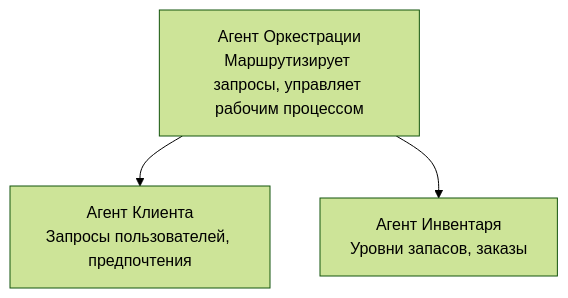
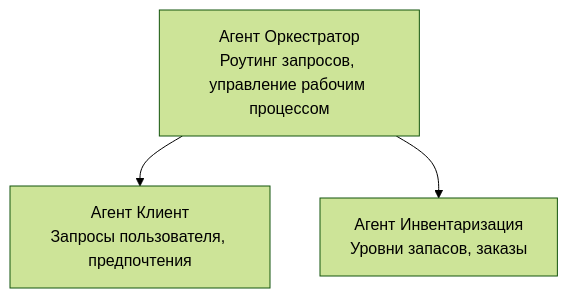
Before and after one commit to microsoft/AZD-for-beginners: the diagram in translations/ru/docs/chapter-05-multi-agent/README.md, drawn with Mermaid (forest theme). The commit also changed other lines of this file and 101 other files, not shown here.

````diff
--- a/translations/ru/docs/chapter-05-multi-agent/README.md
+++ b/translations/ru/docs/chapter-05-multi-agent/README.md
@@ -50,5 +52,5 @@
 ```mermaid
 graph TD
-    Orchestrator[Агент Оркестрации<br/>Маршрутизирует запросы, управляет рабочим процессом] --> Customer[Агент Клиента<br/>Запросы пользователей, предпочтения]
-    Orchestrator --> Inventory[Агент Инвентаря<br/>Уровни запасов, заказы]
+    Orchestrator[Агент Оркестратор<br/>Роутинг запросов, управление рабочим процессом] --> Customer[Агент Клиент<br/>Запросы пользователя, предпочтения]
+    Orchestrator --> Inventory[Агент Инвентаризация<br/>Уровни запасов, заказы]
 ```
````
